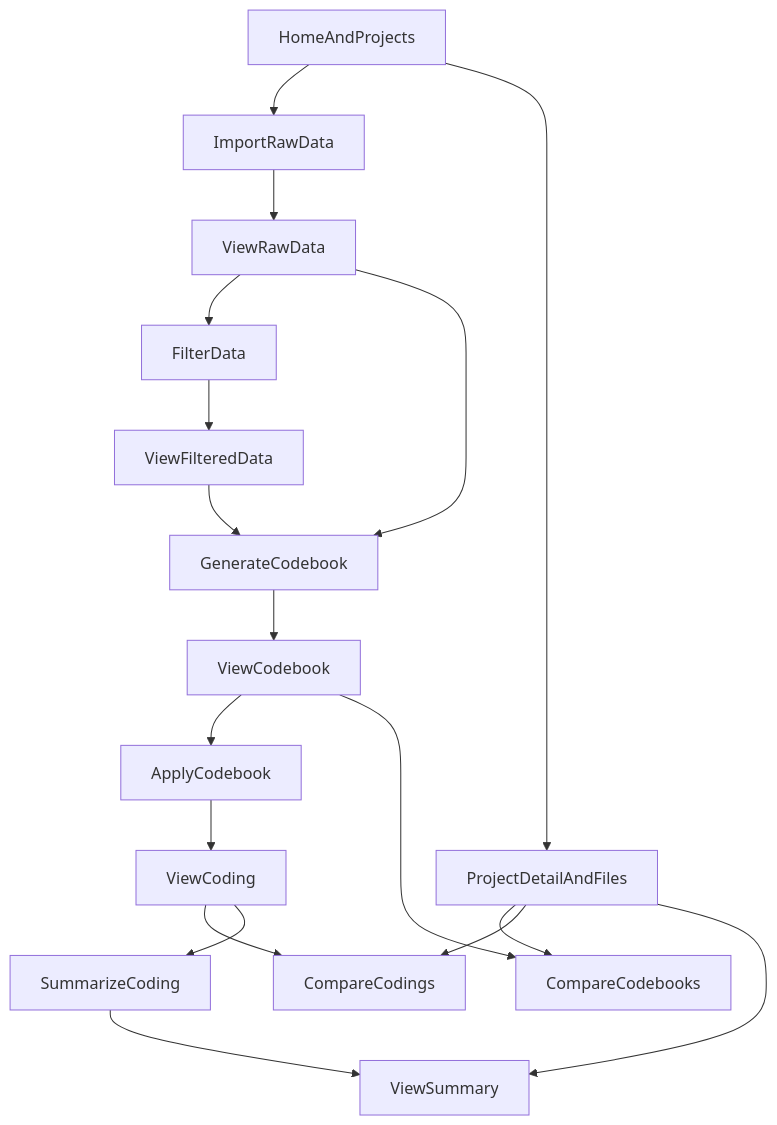
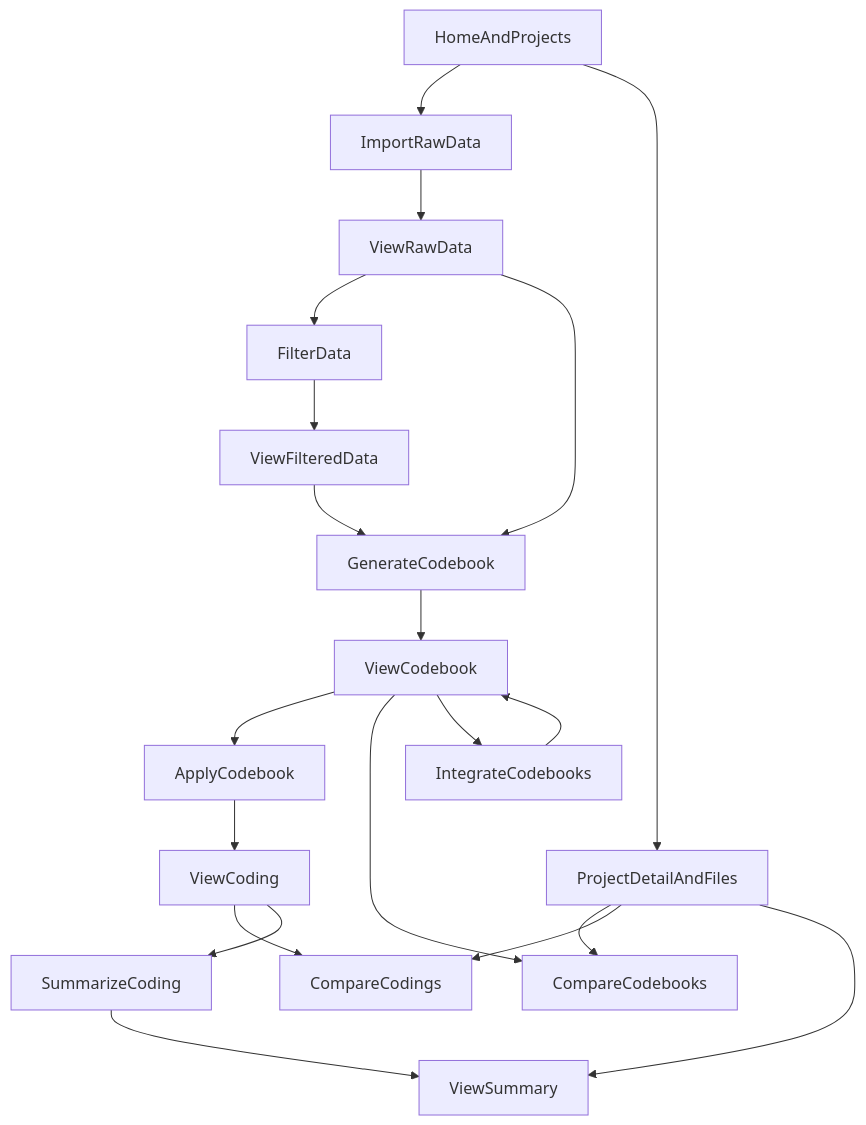
Before and after one commit to Lisalic/qualitative-coding-tool: the diagram in documentation/workflow.md, drawn with Mermaid. The commit also changed other lines of this file and 104 other files, not shown here.

Commit message:
feat(editors): editor-shell workspace, integrate-codebook UI, coder attribution UI

````diff
--- a/documentation/workflow.md
+++ b/documentation/workflow.md
@@ -66,20 +67,22 @@
 ```mermaid
 flowchart TD
 home[HomeAndProjects] --> importData[ImportRawData]
 home --> viewProject[ProjectDetailAndFiles]
 importData --> viewRaw[ViewRawData]
 viewRaw --> filterData[FilterData]
 filterData --> viewFiltered[ViewFilteredData]
 viewRaw --> genCodebook[GenerateCodebook]
 viewFiltered --> genCodebook
 genCodebook --> viewCodebook[ViewCodebook]
 viewCodebook --> applyCodebook[ApplyCodebook]
 applyCodebook --> viewCoding[ViewCoding]
 viewCodebook --> compareCodebook[CompareCodebooks]
+viewCodebook --> integrateCodebook[IntegrateCodebooks]
+integrateCodebook --> viewCodebook
 viewCoding --> compareCoding[CompareCodings]
 viewCoding --> summarizeCoding[SummarizeCoding]
 summarizeCoding --> viewSummary[ViewSummary]
 viewProject --> compareCodebook
 viewProject --> compareCoding
 viewProject --> viewSummary
 ```
````
